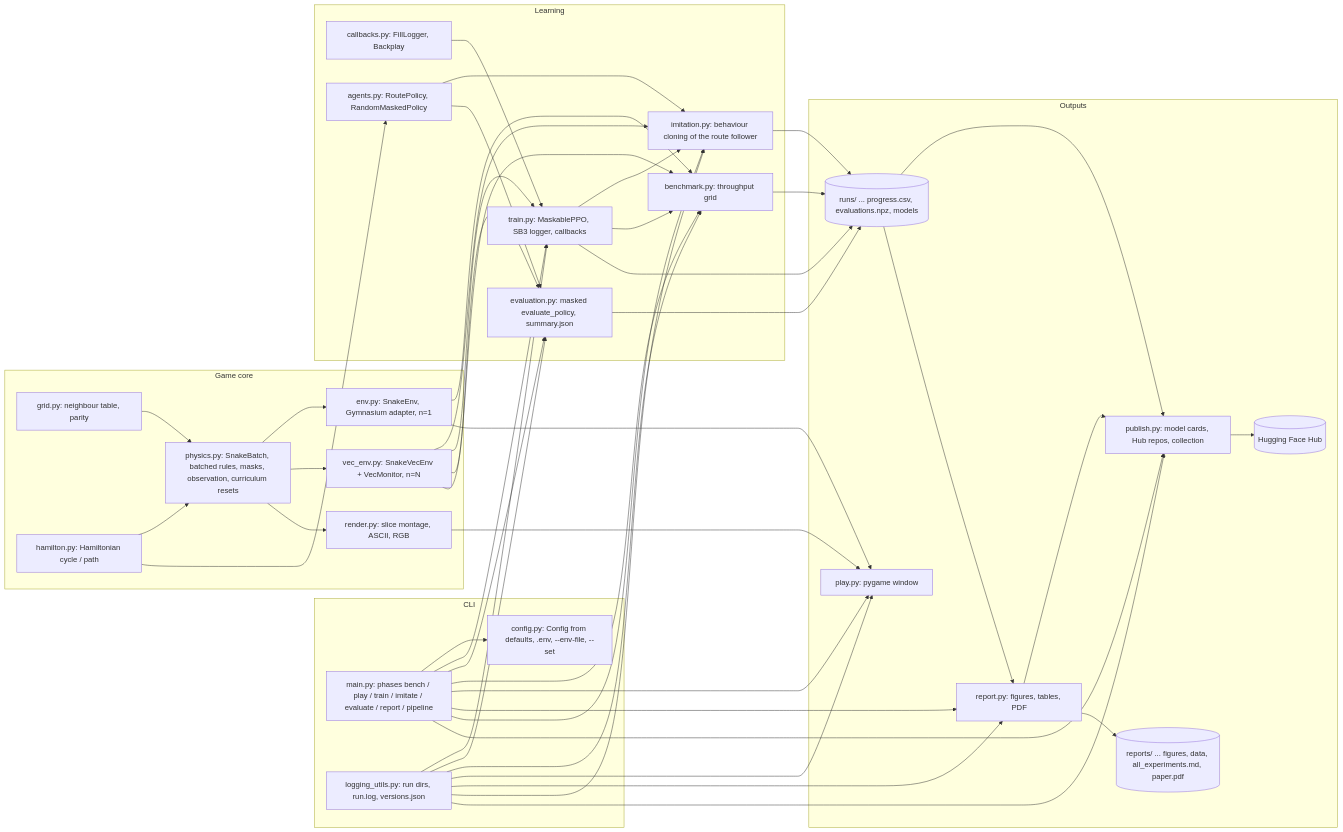
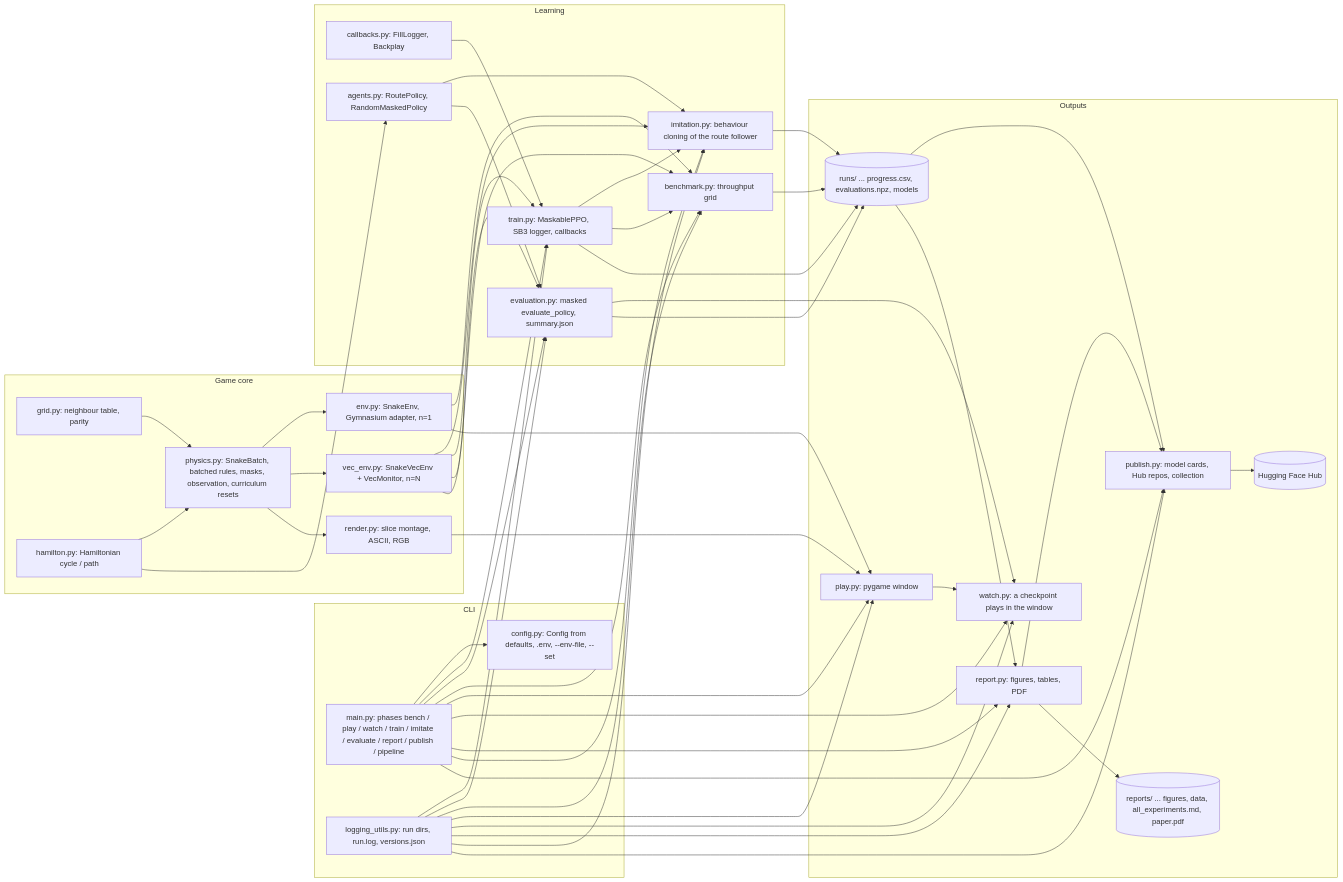
The diagram in README.md (BurnyCoder/4d-snake-rl), drawn with Mermaid before and after one commit. The commit also changed other lines of this file and 6 other files, not shown here.

First line of the commit message:
docs: play and watch section, watch phase in the tables and graph, exp02d game GIF

````diff
--- a/README.md
+++ b/README.md
@@ -98,55 +132,58 @@
 ```mermaid
 flowchart LR
     subgraph cli [CLI]
-        main[main.py: phases bench / play / train / imitate / evaluate / report / pipeline]
+        main[main.py: phases bench / play / watch / train / imitate / evaluate / report / publish / pipeline]
         config[config.py: Config from defaults, .env, --env-file, --set]
         logging[logging_utils.py: run dirs, run.log, versions.json]
     end
     subgraph core [Game core]
         grid[grid.py: neighbour table, parity]
         hamilton[hamilton.py: Hamiltonian cycle / path]
         physics[physics.py: SnakeBatch, batched rules, masks, observation, curriculum resets]
         env[env.py: SnakeEnv, Gymnasium adapter, n=1]
         vec[vec_env.py: SnakeVecEnv + VecMonitor, n=N]
         render[render.py: slice montage, ASCII, RGB]
     end
     subgraph rl [Learning]
         train[train.py: MaskablePPO, SB3 logger, callbacks]
         imitation[imitation.py: behaviour cloning of the route follower]
         callbacks[callbacks.py: FillLogger, Backplay]
         agents[agents.py: RoutePolicy, RandomMaskedPolicy]
         evaluation[evaluation.py: masked evaluate_policy, summary.json]
         bench[benchmark.py: throughput grid]
     end
     subgraph out [Outputs]
         play[play.py: pygame window]
+        watch[watch.py: a checkpoint plays in the window]
         report[report.py: figures, tables, PDF]
         publish[publish.py: model cards, Hub repos, collection]
         runs[(runs/ ... progress.csv, evaluations.npz, models)]
         reports[(reports/ ... figures, data, all_experiments.md, paper.pdf)]
         hub[(Hugging Face Hub)]
     end
     main --> config
-    main --> train & evaluation & bench & play & report & imitation & publish
-    logging --> train & evaluation & bench & play & report & imitation & publish
+    main --> train & evaluation & bench & play & watch & report & imitation & publish
+    logging --> train & evaluation & bench & play & watch & report & imitation & publish
+    evaluation --> watch
+    play --> watch
     report --> publish
     runs --> publish --> hub
     agents --> imitation --> runs
     train --> imitation
     vec --> imitation
     env --> bench
     train --> bench
     grid --> physics
     hamilton --> physics
     physics --> env & vec
     physics --> render --> play
     env --> play
     vec --> train & evaluation & bench
     callbacks --> train
     agents --> evaluation
     hamilton --> agents
     train --> runs
     evaluation --> runs
     bench --> runs
     runs --> report --> reports
 ```
````
